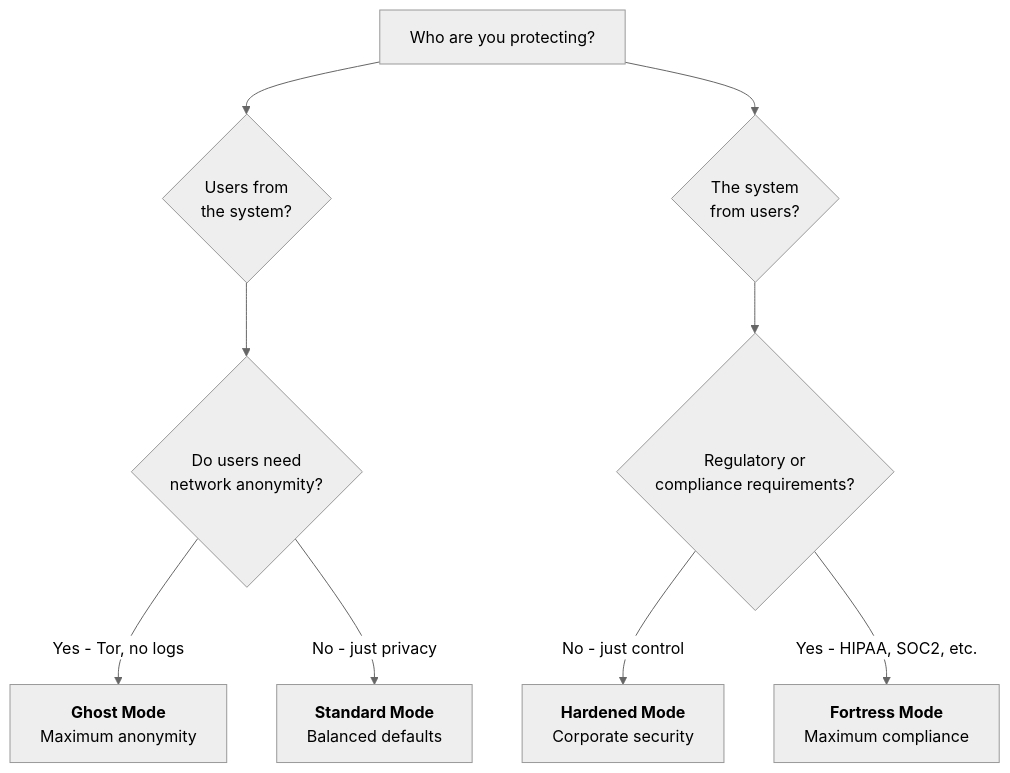
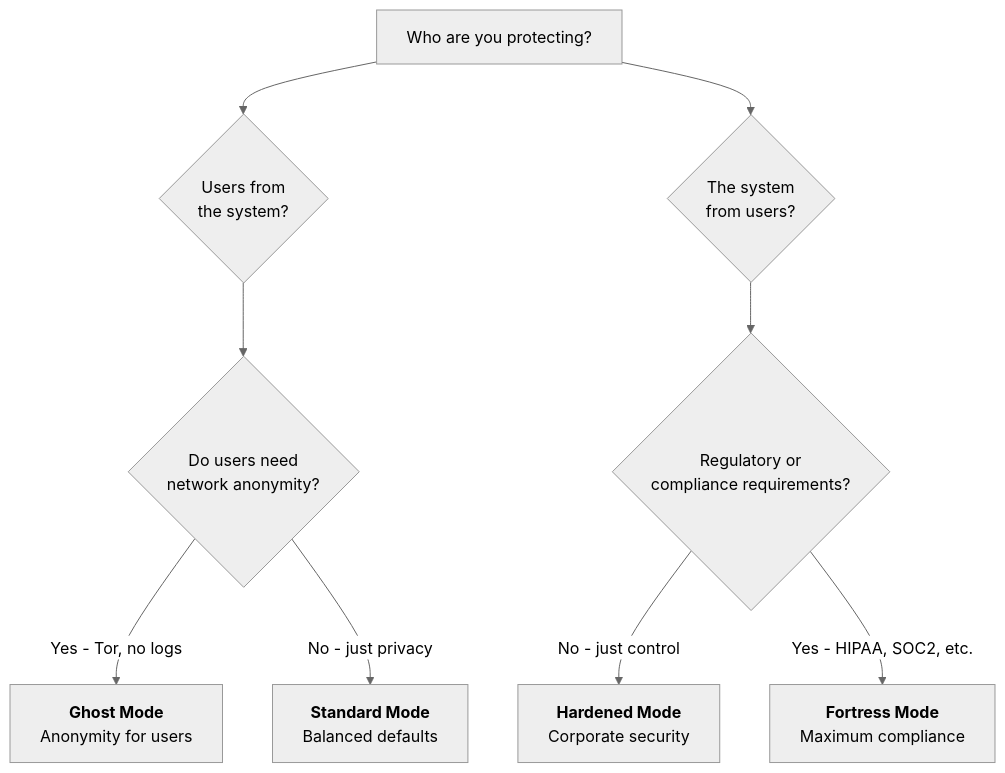
Before and after one commit to fjmerc/safeshare: the diagram in docs/DEPLOYMENT_MODES.md, drawn with Mermaid (neutral theme). The commit also changed other lines of this file and 3 other files, not shown here.

First line of the commit message:
docs: describe Ghost mode by what it protects against, not "maximum anonymity"

````diff
--- a/docs/DEPLOYMENT_MODES.md
+++ b/docs/DEPLOYMENT_MODES.md
@@ -25,13 +25,13 @@
 ```mermaid
 flowchart TD
     A[Who are you protecting?] --> B{Users from<br/>the system?}
     A --> C{The system<br/>from users?}
 
     B --> D{Do users need<br/>network anonymity?}
-    D -->|Yes - Tor, no logs| E["<b>Ghost Mode</b><br/>Maximum anonymity"]
+    D -->|Yes - Tor, no logs| E["<b>Ghost Mode</b><br/>Anonymity for users"]
     D -->|No - just privacy| F["<b>Standard Mode</b><br/>Balanced defaults"]
 
     C --> G{Regulatory or<br/>compliance requirements?}
     G -->|No - just control| H["<b>Hardened Mode</b><br/>Corporate security"]
     G -->|Yes - HIPAA, SOC2, etc.| I["<b>Fortress Mode</b><br/>Maximum compliance"]
 ```
````
